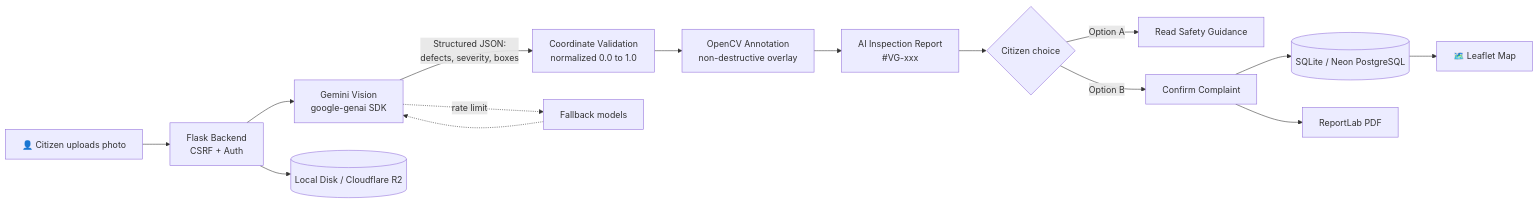
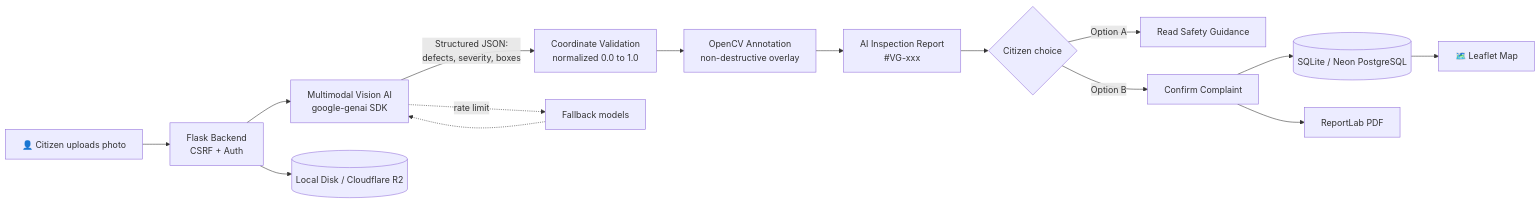
Before and after one commit to Sandesh-Narkar/Sandesh-Narkar: the second of 2 diagrams in README.md, drawn with Mermaid. The commit also changed other lines of this file, not shown here.

First line of the commit message:
Revise README for VisionGuard AI 2.0 branding

````diff
--- a/README.md
+++ b/README.md
@@ -217,17 +223,17 @@
 ```mermaid
 flowchart LR
     A[👤 Citizen uploads photo] --> B[Flask Backend<br/>CSRF + Auth]
-    B --> C[Gemini Vision<br/>google-genai SDK]
+    B --> C[Multimodal Vision AI<br/>google-genai SDK]
     C -->|Structured JSON:<br/>defects, severity, boxes| D[Coordinate Validation<br/>normalized 0.0 to 1.0]
     D --> E[OpenCV Annotation<br/>non-destructive overlay]
     E --> F[AI Inspection Report<br/>#VG-xxx]
     F --> G{Citizen choice}
     G -->|Option A| H[Read Safety Guidance]
     G -->|Option B| I[Confirm Complaint]
     I --> J[(SQLite / Neon PostgreSQL)]
     I --> K[ReportLab PDF]
     J --> L[🗺️ Leaflet Map]
     B --> M[(Local Disk / Cloudflare R2)]
     C -.rate limit.-> N[Fallback models]
     N -.-> C
 ```
````
